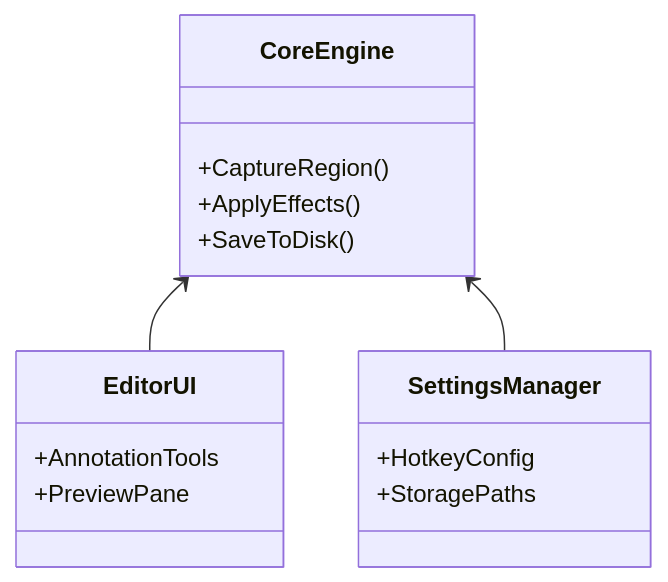
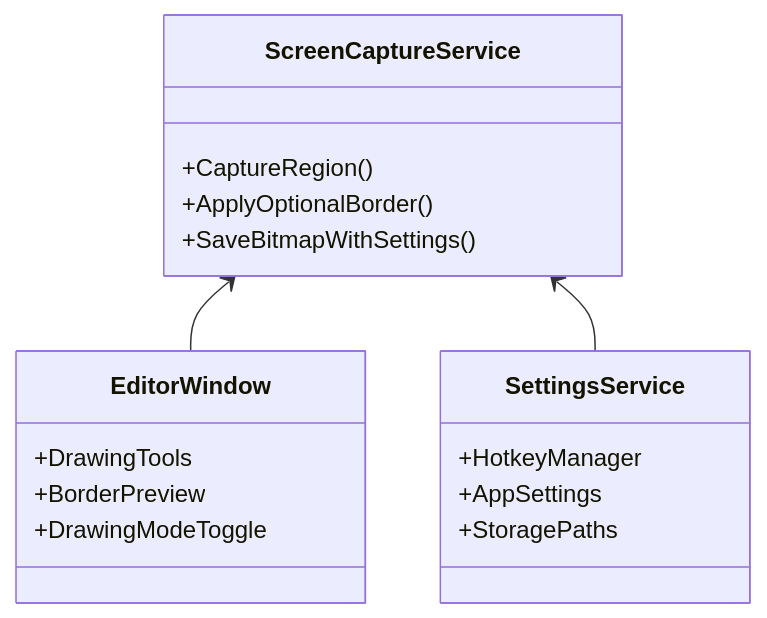
Before and after one commit to FeynmanXie/FastScreeny: the third of 3 diagrams in README.md, drawn with Mermaid. The commit also changed other lines of this file and 39 other files, not shown here.

Commit message:
Update 1.0.1: Enhanced Editor Interface, Drawing Mode, and Bug Fixes

````diff
--- a/README.md
+++ b/README.md
@@ -43,18 +51,20 @@
 ```mermaid
 classDiagram
-    class CoreEngine{
+    class ScreenCaptureService{
         +CaptureRegion()
-        +ApplyEffects()
-        +SaveToDisk()
+        +ApplyOptionalBorder()
+        +SaveBitmapWithSettings()
     }
-    class EditorUI{
-        +AnnotationTools
-        +PreviewPane
+    class EditorWindow{
+        +DrawingTools
+        +BorderPreview
+        +DrawingModeToggle
     }
-    class SettingsManager{
-        +HotkeyConfig
+    class SettingsService{
+        +HotkeyManager
+        +AppSettings
         +StoragePaths
     }
-    CoreEngine <-- EditorUI
-    CoreEngine <-- SettingsManager
+    ScreenCaptureService <-- EditorWindow
+    ScreenCaptureService <-- SettingsService
 ```
````
